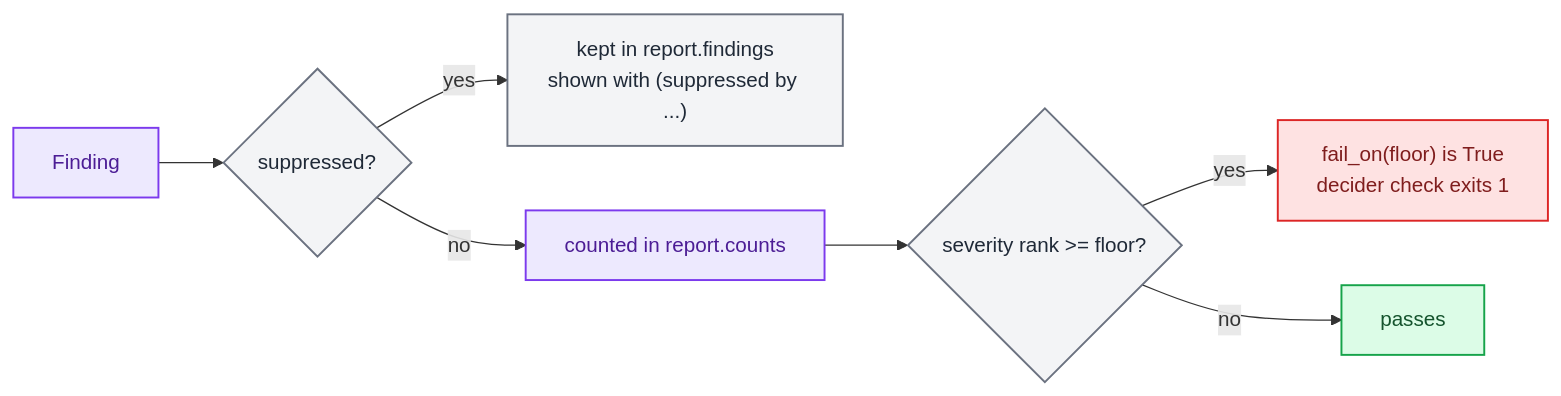
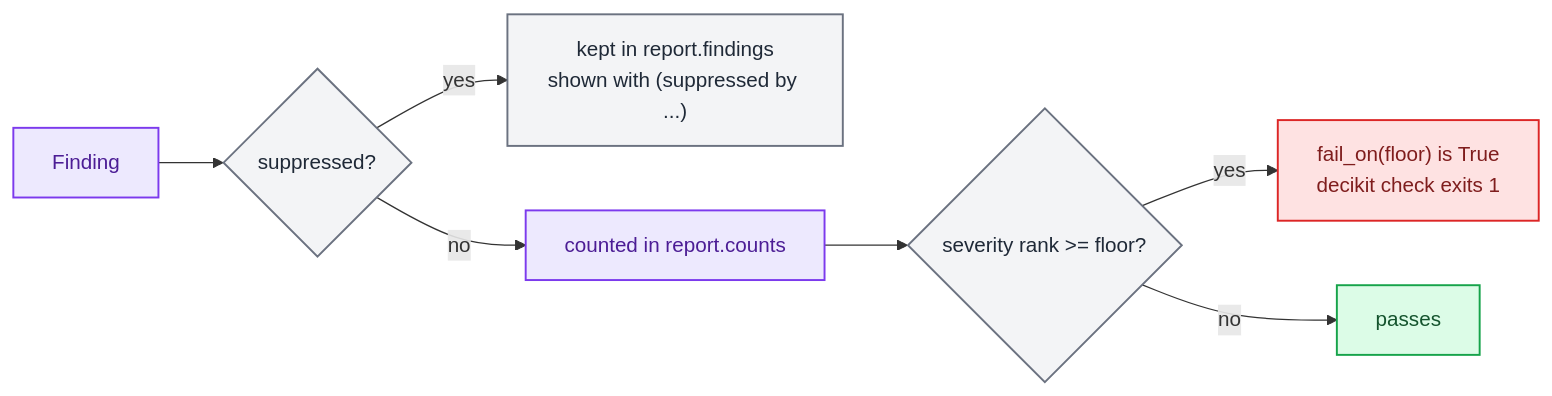
One commit to capitec/dsp-decision-engine changed the third of 4 diagrams in docs/architecture/lab/checks.md. Above: the diagram before and after it, drawn with Mermaid. The commit also changed other lines of this file and 1292 other files, not shown here.

Commit message:
rename decider to decikit: package, CLI, DECIKIT_* settings, plugin, extension, docs prose says decider toolkit

````diff
--- a/docs/architecture/lab/checks.md
+++ b/docs/architecture/lab/checks.md
@@ -263,13 +263,13 @@
 ```mermaid
 flowchart LR
   F["Finding"]:::tooling --> S{"suppressed?"}:::neutral
   S -- yes --> K["kept in report.findings<br/>shown with (suppressed by ...)"]:::neutral
   S -- no --> C["counted in report.counts"]:::tooling
   C --> G{"severity rank >= floor?"}:::neutral
-  G -- yes --> X["fail_on(floor) is True<br/>decider check exits 1"]:::error
+  G -- yes --> X["fail_on(floor) is True<br/>decikit check exits 1"]:::error
   G -- no --> OK["passes"]:::data
   classDef tooling fill:#ede9fe,stroke:#7c3aed,color:#4c1d95,stroke-width:1.5px;
   classDef neutral fill:#f3f4f6,stroke:#6b7280,color:#1f2937,stroke-width:1.5px;
   classDef error fill:#fee2e2,stroke:#dc2626,color:#7f1d1d,stroke-width:1.5px;
   classDef data fill:#dcfce7,stroke:#16a34a,color:#14532d,stroke-width:1.5px;
 ```
````
